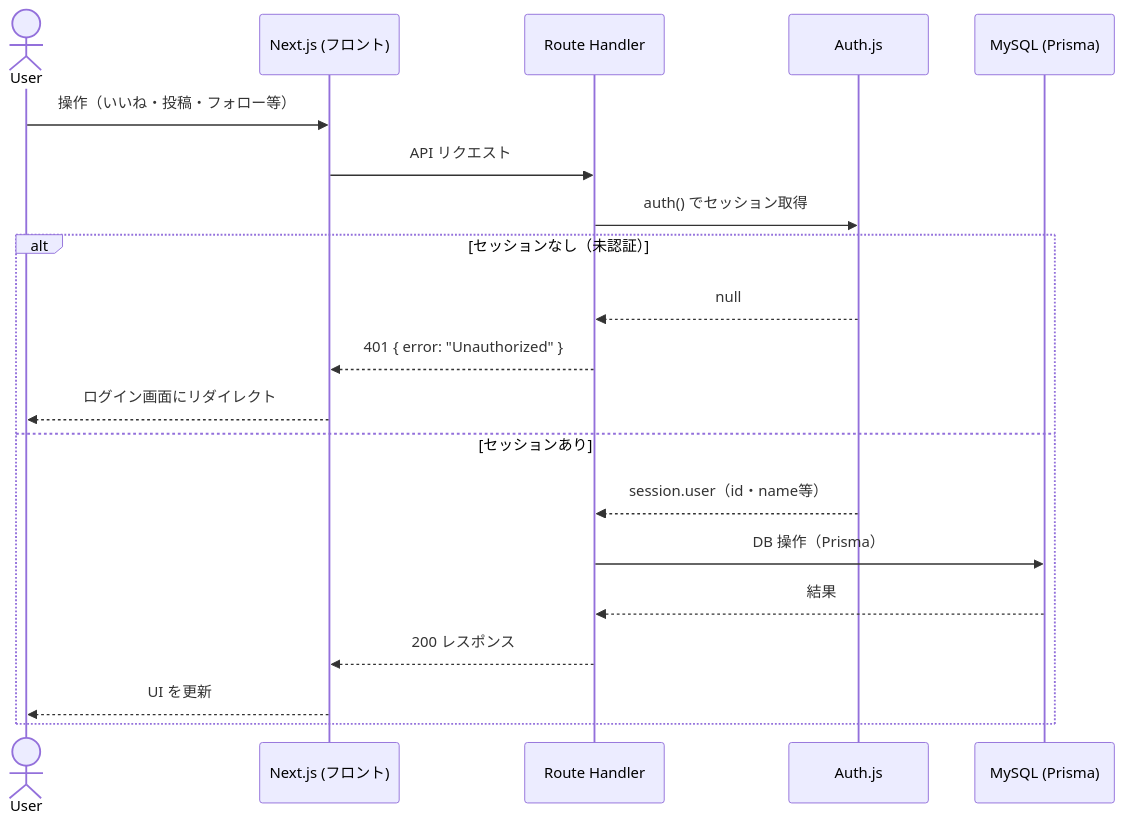
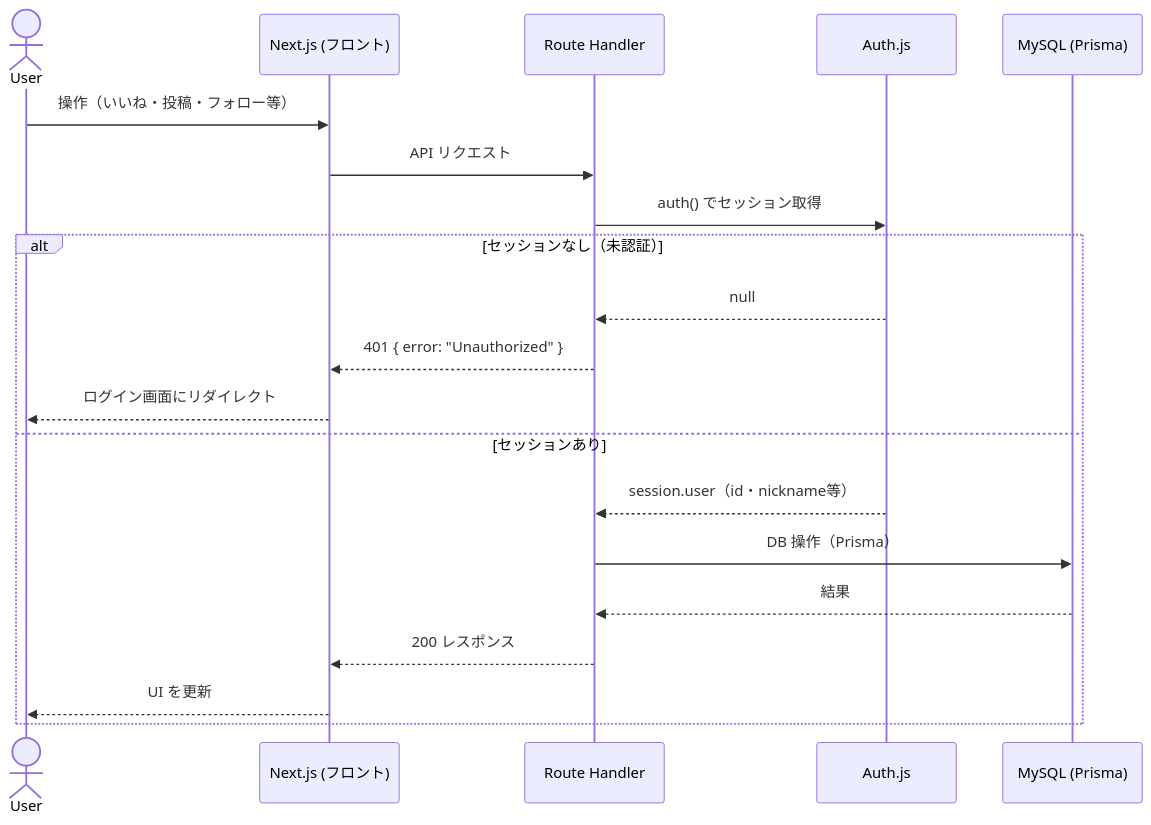
The third of 10 diagrams in docs/シーケンス図.md (saki-nakata/TripDiary), drawn with Mermaid before and after one commit. The commit also changed other lines of this file and 23 other files, not shown here.

````diff
--- a/docs/シーケンス図.md
+++ b/docs/シーケンス図.md
@@ -93,23 +93,23 @@
 ```mermaid
 sequenceDiagram
     actor User
     participant FE as Next.js (フロント)
     participant API as Route Handler
     participant Auth as Auth.js
     participant DB as MySQL (Prisma)
 
     User->>FE: 操作（いいね・投稿・フォロー等）
     FE->>API: API リクエスト
     API->>Auth: auth() でセッション取得
     alt セッションなし（未認証）
         Auth-->>API: null
         API-->>FE: 401 { error: "Unauthorized" }
         FE-->>User: ログイン画面にリダイレクト
     else セッションあり
-        Auth-->>API: session.user（id・name等）
+        Auth-->>API: session.user（id・nickname等）
         API->>DB: DB 操作（Prisma）
         DB-->>API: 結果
         API-->>FE: 200 レスポンス
         FE-->>User: UI を更新
     end
 ```
````
